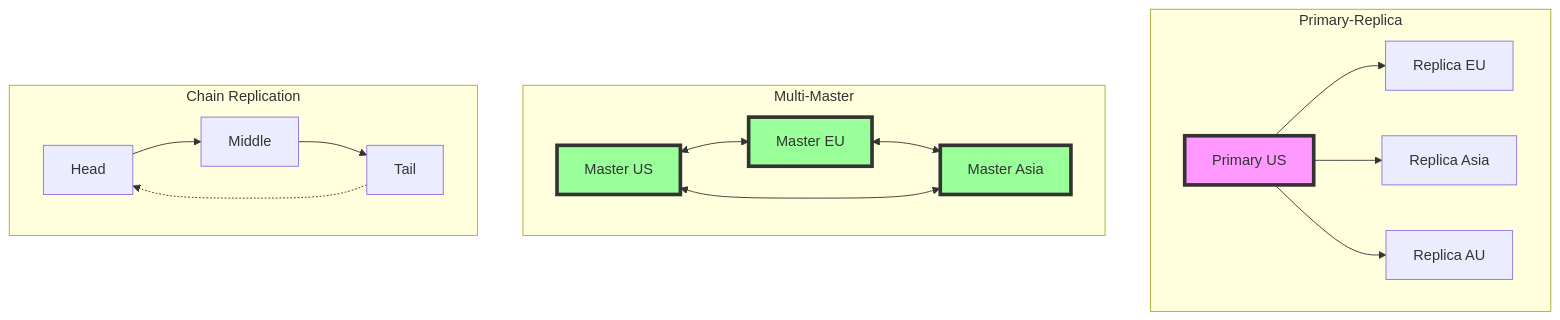
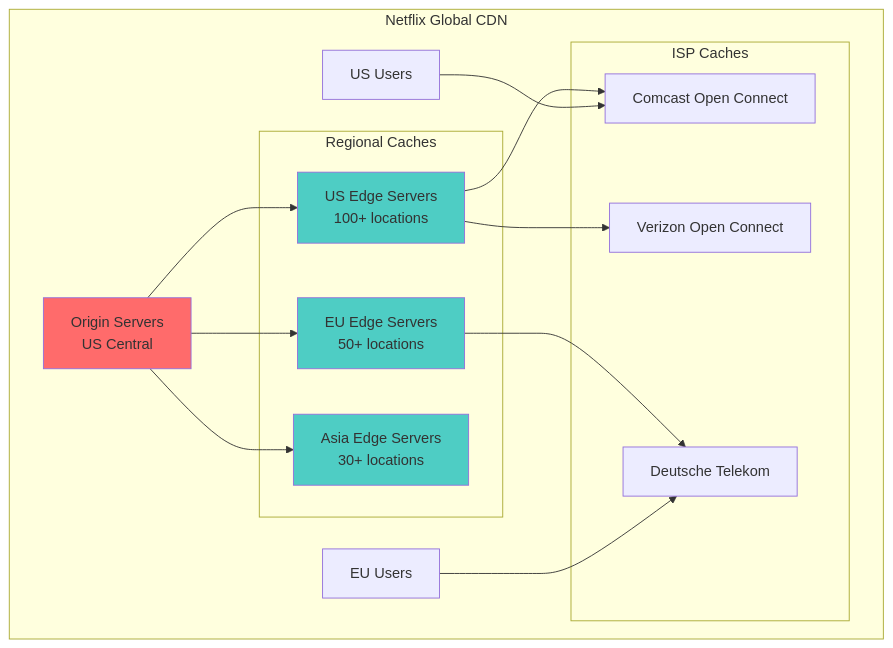
One commit to deepaucksharma/DStudio changed the sixth of 9 diagrams in docs/pattern-library/scaling/geo-replication.md. Above: the diagram before and after it, drawn with Mermaid. The commit also changed other lines of this file and 23 other files, not shown here.

````diff
--- a/docs/pattern-library/scaling/geo-replication.md
+++ b/docs/pattern-library/scaling/geo-replication.md
@@ -192,24 +246,30 @@
 ```mermaid
 graph TB
-    subgraph "Primary-Replica"
-        P1[Primary US] --> R1[Replica EU]
-        P1 --> R2[Replica Asia]
-        P1 --> R3[Replica AU]
+    subgraph "Netflix Global CDN"
+        Origin[Origin Servers<br/>US Central]
+        
+        subgraph "Regional Caches"
+            US[US Edge Servers<br/>100+ locations]
+            EU[EU Edge Servers<br/>50+ locations]  
+            Asia[Asia Edge Servers<br/>30+ locations]
+        end
+        
+        subgraph "ISP Caches"
+            ISP1[Comcast Open Connect]
+            ISP2[Verizon Open Connect]
+            ISP3[Deutsche Telekom]
+        end
+        
+        Origin --> US & EU & Asia
+        US --> ISP1 & ISP2
+        EU --> ISP3
+        
+        Users1[US Users] --> ISP1
+        Users2[EU Users] --> ISP3
     end
     
-    subgraph "Multi-Master"
-        M1[Master US] <--> M2[Master EU]
-        M2 <--> M3[Master Asia]
-        M3 <--> M1
-    end
-    
-    subgraph "Chain Replication"
-        C1[Head] --> C2[Middle] --> C3[Tail]
-        C3 -.-> C1
-    end
-    
-    style P1 fill:#f9f,stroke:#333,stroke-width:4px
-    style M1 fill:#9f9,stroke:#333,stroke-width:4px
-    style M2 fill:#9f9,stroke:#333,stroke-width:4px
-    style M3 fill:#9f9,stroke:#333,stroke-width:4px
+    style Origin fill:#FF6B6B
+    style US fill:#4ECDC4
+    style EU fill:#4ECDC4
+    style Asia fill:#4ECDC4
 ```
````
